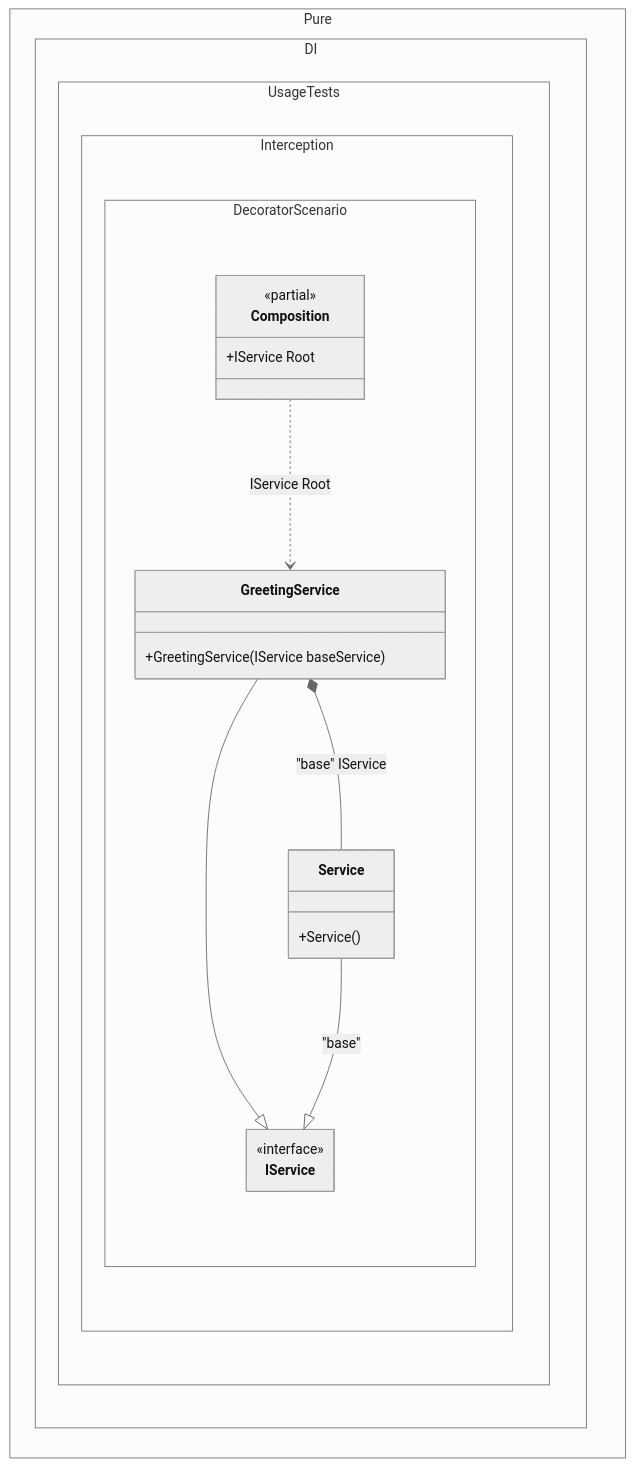
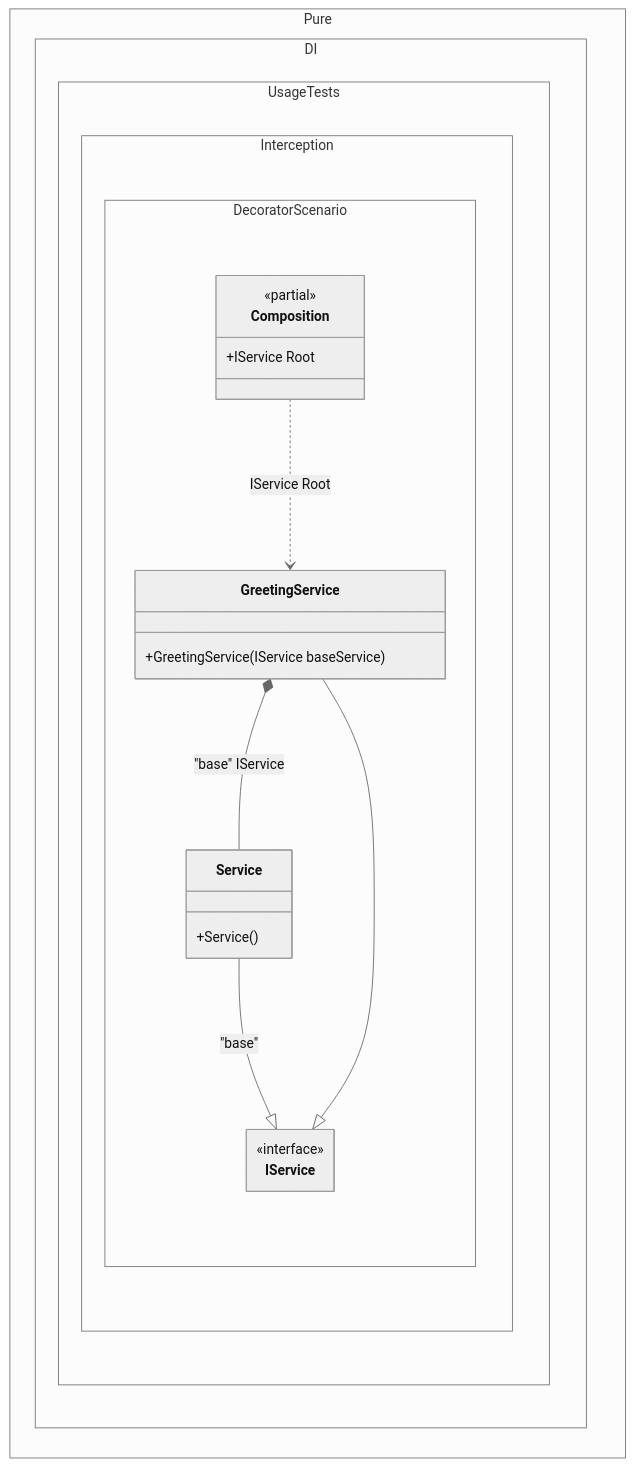
One commit to DevTeam/Pure.DI changed the diagram in readme/decorator.md. Above: the diagram before and after it, drawn with Mermaid (neutral theme). The commit also changed other lines of this file and 113 other files, not shown here.

````diff
--- a/readme/decorator.md
+++ b/readme/decorator.md
@@ -96,27 +96,27 @@
 ```mermaid
 ---
  config:
   class:
    hideEmptyMembersBox: true
 ---
 classDiagram
+	Service --|> IService : "base" 
 	GreetingService --|> IService
-	Service --|> IService : "base" 
 	Composition ..> GreetingService : IService Root
 	GreetingService *--  Service : "base"  IService
 	namespace Pure.DI.UsageTests.Interception.DecoratorScenario {
 		class Composition {
 		<<partial>>
 		+IService Root
 		}
 		class GreetingService {
 			+GreetingService(IService baseService)
 		}
 		class IService {
 			<<interface>>
 		}
 		class Service {
 			+Service()
 		}
 	}
 ```
````
